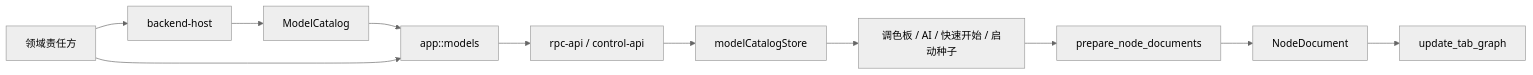
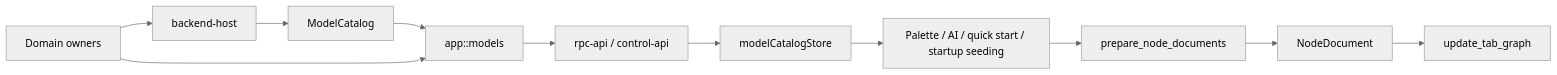
The diagram in docs/architecture/shared-model-catalog-progress.md (Leon-lwb/LISSIO), drawn with Mermaid (neutral theme) before and after one commit. The commit also changed other lines of this file and 97 other files, not shown here.

````diff
--- a/docs/architecture/shared-model-catalog-progress.md
+++ b/docs/architecture/shared-model-catalog-progress.md
@@ -18,13 +27,13 @@
 ```mermaid
 flowchart LR
-  Owners[领域责任方] --> Assembly[backend-host]
+  Owners[Domain owners] --> Assembly[backend-host]
   Assembly --> Catalog[ModelCatalog]
   Catalog --> Models[app::models]
   Owners --> Models
   Models --> RPC[rpc-api / control-api]
   RPC --> Store[modelCatalogStore]
-  Store --> UI[调色板 / AI / 快速开始 / 启动种子]
+  Store --> UI[Palette / AI / quick start / startup seeding]
   UI --> Prepare[prepare_node_documents]
   Prepare --> Document[NodeDocument]
   Document --> Commit[update_tab_graph]
 ```
````
